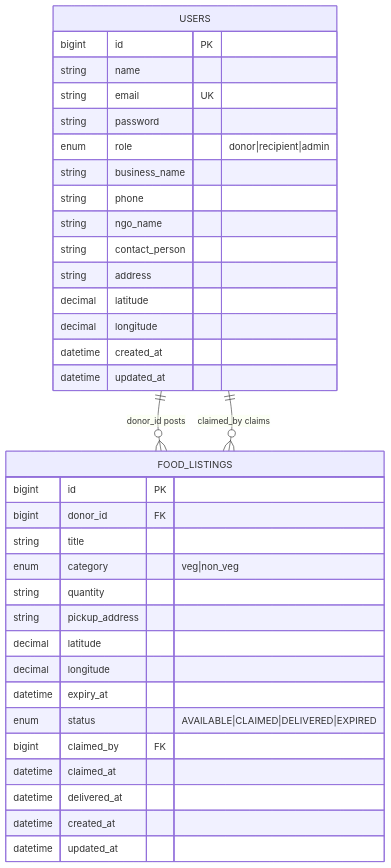
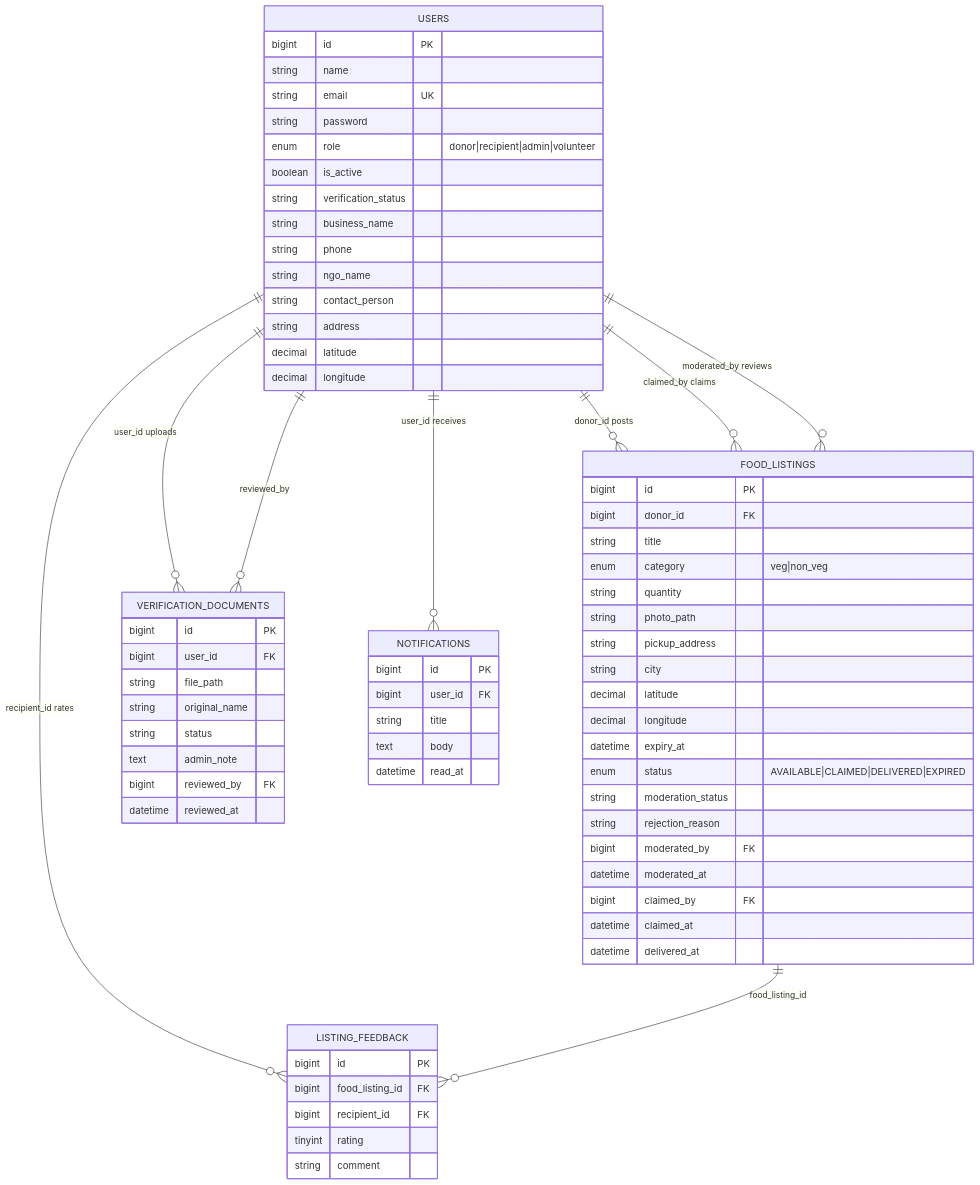
The diagram in Documentation/images/v2/source/02-erd-database.mmd (Shaheerazam111/Community-Food-Wastage-Reduction-Portal-v2), drawn with Mermaid before and after one commit. The commit also changed 138 other files, not shown here.

```diff
--- a/Documentation/images/v2/source/02-erd-database.mmd
+++ b/Documentation/images/v2/source/02-erd-database.mmd
@@ -1,38 +1,75 @@
 erDiagram
     USERS ||--o{ FOOD_LISTINGS : "donor_id posts"
     USERS ||--o{ FOOD_LISTINGS : "claimed_by claims"
+    USERS ||--o{ FOOD_LISTINGS : "moderated_by reviews"
+    USERS ||--o{ VERIFICATION_DOCUMENTS : "user_id uploads"
+    USERS ||--o{ VERIFICATION_DOCUMENTS : "reviewed_by"
+    USERS ||--o{ NOTIFICATIONS : "user_id receives"
+    USERS ||--o{ LISTING_FEEDBACK : "recipient_id rates"
+    FOOD_LISTINGS ||--o{ LISTING_FEEDBACK : "food_listing_id"
 
     USERS {
         bigint id PK
         string name
         string email UK
         string password
-        enum role "donor|recipient|admin"
+        enum role "donor|recipient|admin|volunteer"
+        boolean is_active
+        string verification_status
         string business_name
         string phone
         string ngo_name
         string contact_person
         string address
         decimal latitude
         decimal longitude
-        datetime created_at
-        datetime updated_at
     }
 
     FOOD_LISTINGS {
         bigint id PK
         bigint donor_id FK
         string title
         enum category "veg|non_veg"
         string quantity
+        string photo_path
         string pickup_address
+        string city
         decimal latitude
         decimal longitude
         datetime expiry_at
         enum status "AVAILABLE|CLAIMED|DELIVERED|EXPIRED"
+        string moderation_status
+        string rejection_reason
+        bigint moderated_by FK
+        datetime moderated_at
         bigint claimed_by FK
         datetime claimed_at
         datetime delivered_at
-        datetime created_at
-        datetime updated_at
     }
+
+    VERIFICATION_DOCUMENTS {
+        bigint id PK
+        bigint user_id FK
+        string file_path
+        string original_name
+        string status
+        text admin_note
+        bigint reviewed_by FK
+        datetime reviewed_at
+    }
+
+    NOTIFICATIONS {
+        bigint id PK
+        bigint user_id FK
+        string title
+        text body
+        datetime read_at
+    }
+
+    LISTING_FEEDBACK {
+        bigint id PK
+        bigint food_listing_id FK
+        bigint recipient_id FK
+        tinyint rating
+        string comment
+    }
```
